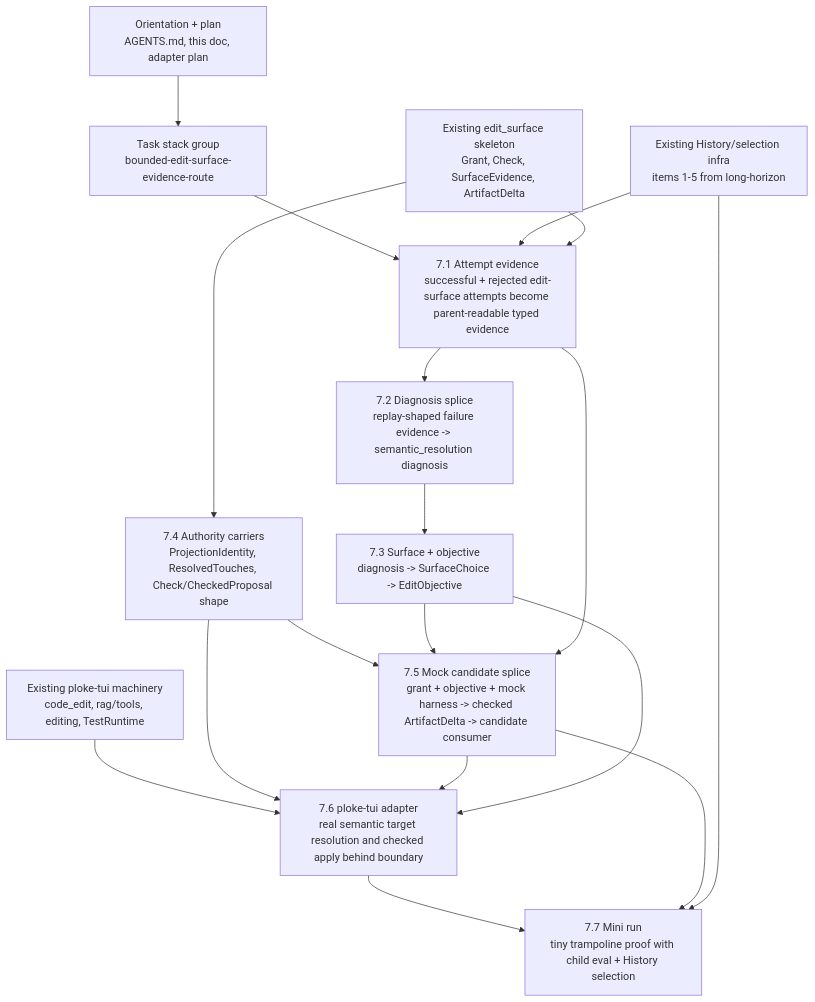
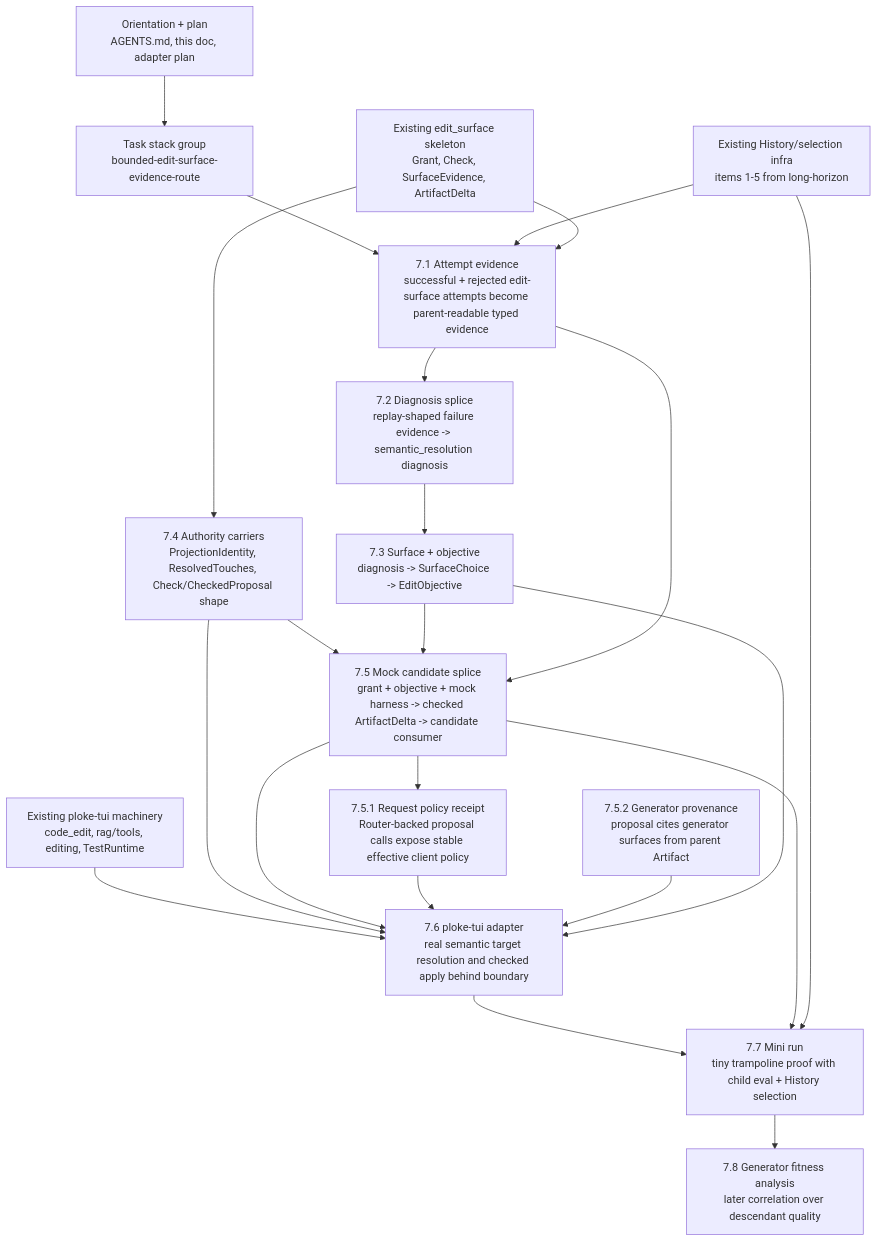
One commit to josephleblanc/ploke changed the diagram in docs/active/agents/2026-05-08_bounded-edit-surface-implementation-orientation.md. Above: the diagram before and after it, drawn with Mermaid. The commit also changed other lines of this file and 7 other files, not shown here.

````diff
--- a/docs/active/agents/2026-05-08_bounded-edit-surface-implementation-orientation.md
+++ b/docs/active/agents/2026-05-08_bounded-edit-surface-implementation-orientation.md
@@ -240,40 +252,47 @@
 ```mermaid
 flowchart TD
     O["Orientation + plan<br/>AGENTS.md, this doc, adapter plan"]
     T["Task stack group<br/>bounded-edit-surface-evidence-route"]
 
     A["7.1 Attempt evidence<br/>successful + rejected edit-surface attempts become parent-readable typed evidence"]
     B["7.2 Diagnosis splice<br/>replay-shaped failure evidence -> semantic_resolution diagnosis"]
     C["7.3 Surface + objective<br/>diagnosis -> SurfaceChoice -> EditObjective"]
 
     D["7.4 Authority carriers<br/>ProjectionIdentity, ResolvedTouches, Check/CheckedProposal shape"]
     E["7.5 Mock candidate splice<br/>grant + objective + mock harness -> checked ArtifactDelta -> candidate consumer"]
+    R["7.5.1 Request policy receipt<br/>Router-backed proposal calls expose stable effective client policy"]
+    GP["7.5.2 Generator provenance<br/>proposal cites generator surfaces from parent Artifact"]
     F["7.6 ploke-tui adapter<br/>real semantic target resolution and checked apply behind boundary"]
     G["7.7 Mini run<br/>tiny trampoline proof with child eval + History selection"]
+    GA["7.8 Generator fitness analysis<br/>later correlation over descendant quality"]
 
     P1["Existing History/selection infra<br/>items 1-5 from long-horizon"]
     P2["Existing edit_surface skeleton<br/>Grant, Check, SurfaceEvidence, ArtifactDelta"]
     P3["Existing ploke-tui machinery<br/>code_edit, rag/tools, editing, TestRuntime"]
 
     O --> T
     T --> A
     P1 --> A
     P2 --> A
 
     A --> B
     B --> C
 
     P2 --> D
     D --> E
     C --> E
     A --> E
 
+    E --> R
     P3 --> F
     D --> F
     E --> F
+    R --> F
+    GP --> F
     C --> F
 
     F --> G
     E --> G
     P1 --> G
+    G --> GA
 ```
````
